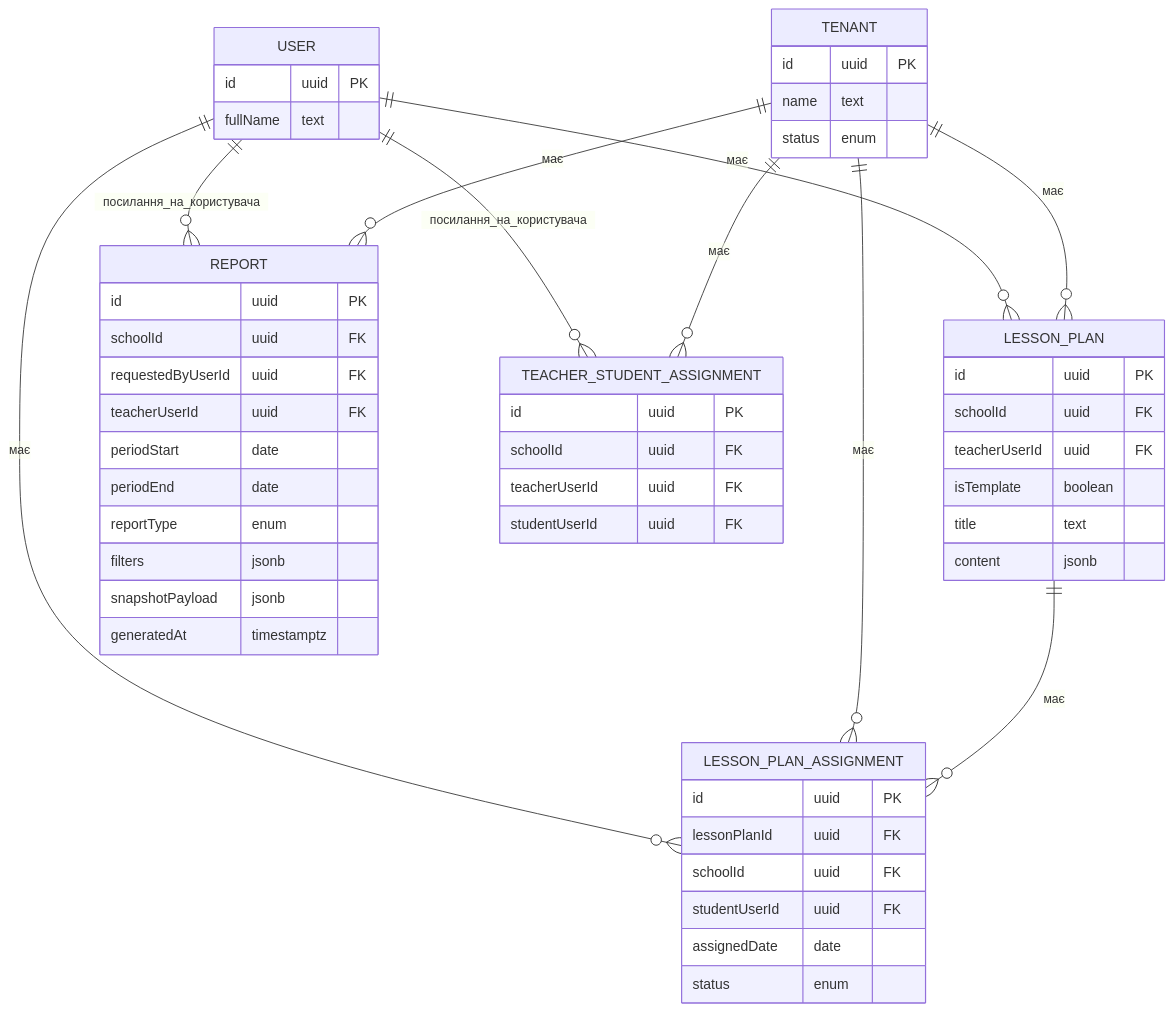
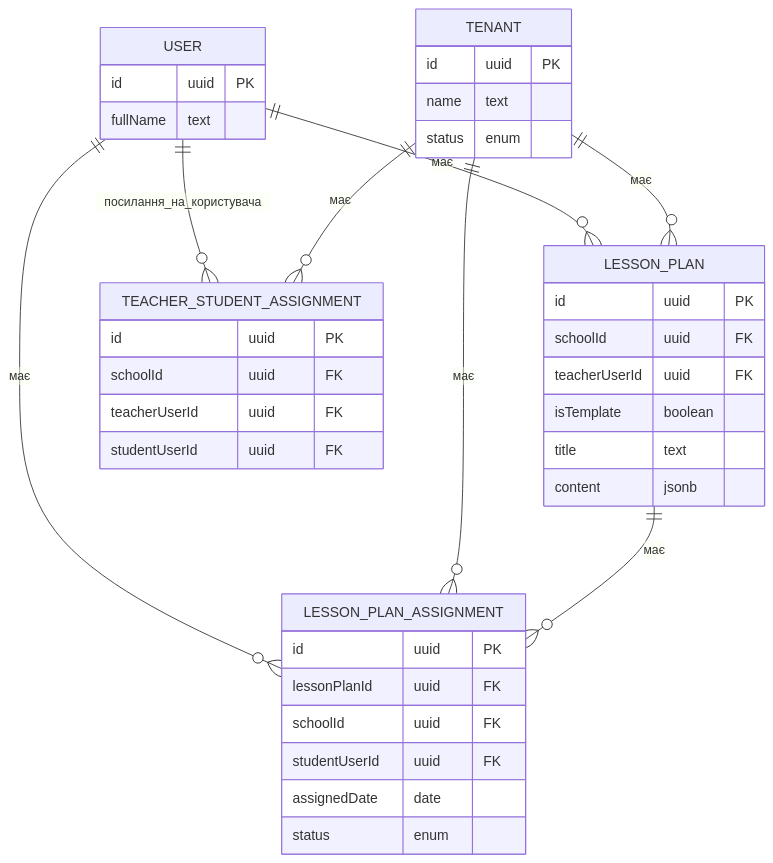
The fourth of 5 diagrams in architecture-homework/diagrams/erd.md (KaterynaKocheharova/Multi-tenant-architecture), drawn with Mermaid before and after one commit. The commit also changed other lines of this file and 1 other file, not shown here.

Commit message:
extend risks

````diff
--- a/architecture-homework/diagrams/erd.md
+++ b/architecture-homework/diagrams/erd.md
@@ -278,62 +278,47 @@
 ```mermaid
 erDiagram
     direction TB
     TENANT {
         id uuid PK
         name text
         status enum
     }
 
     USER {
         id uuid PK
         fullName text
     }
 
     LESSON_PLAN {
         id uuid PK
         schoolId uuid FK
         teacherUserId uuid FK
         isTemplate boolean
         title text
         content jsonb
     }
 
     LESSON_PLAN_ASSIGNMENT {
         id uuid PK
         lessonPlanId uuid FK
         schoolId uuid FK
         studentUserId uuid FK
         assignedDate date
         status enum
     }
 
-    REPORT {
-        id uuid PK
-        schoolId uuid FK
-        requestedByUserId uuid FK
-        teacherUserId uuid FK
-        periodStart date
-        periodEnd date
-        reportType enum
-        filters jsonb
-        snapshotPayload jsonb
-        generatedAt timestamptz
-    }
-
     TEACHER_STUDENT_ASSIGNMENT {
         id uuid PK
         schoolId uuid FK
         teacherUserId uuid FK
         studentUserId uuid FK
     }
 
     TENANT ||--o{ LESSON_PLAN : має
     USER ||--o{ LESSON_PLAN : має
     LESSON_PLAN ||--o{ LESSON_PLAN_ASSIGNMENT : має
     TENANT ||--o{ LESSON_PLAN_ASSIGNMENT : має
     USER ||--o{ LESSON_PLAN_ASSIGNMENT : має
     TENANT ||--o{ TEACHER_STUDENT_ASSIGNMENT : має
     USER ||--o{ TEACHER_STUDENT_ASSIGNMENT : посилання_на_користувача
-    TENANT ||--o{ REPORT : має
-    USER ||--o{ REPORT : посилання_на_користувача
 ```
````
